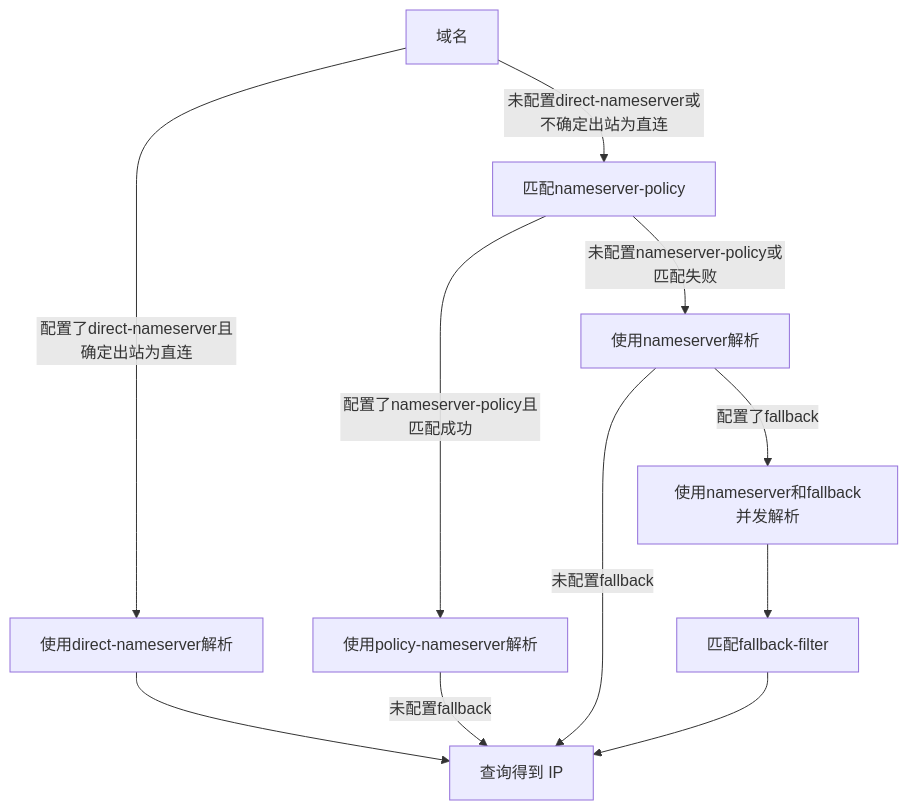
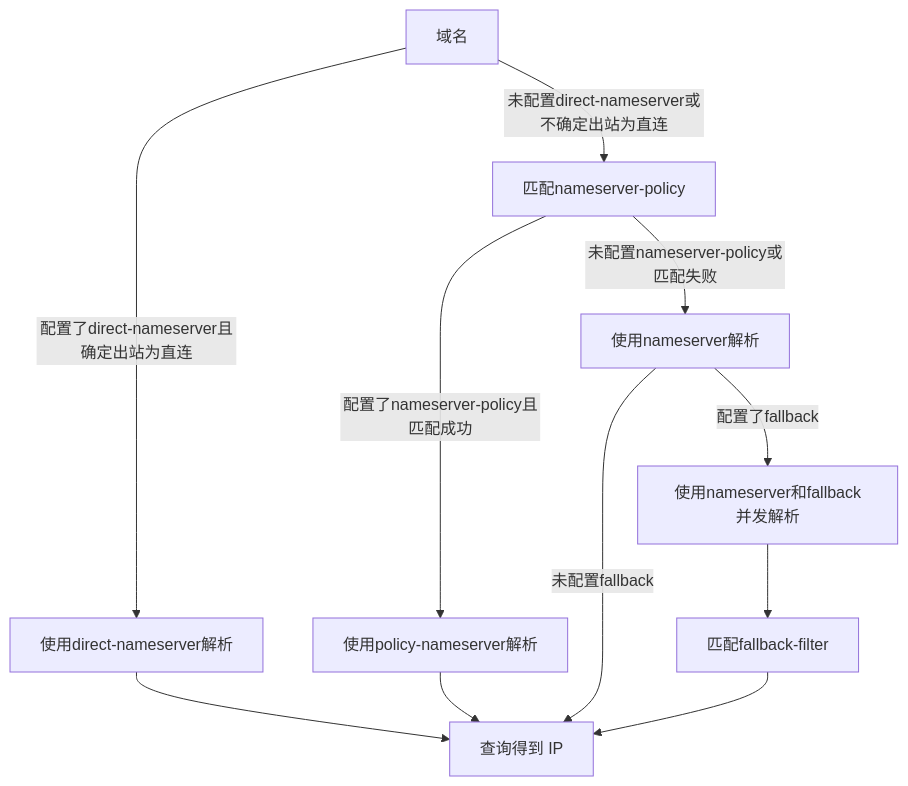
The second of 2 diagrams in mihomoDNS解析流程.md (Jishi0/sub-rule), drawn with Mermaid before and after one commit.

````diff
--- a/mihomoDNS解析流程.md
+++ b/mihomoDNS解析流程.md
@@ -28,15 +28,15 @@
 ```mermaid
 flowchart TD
   start[域名] --> |配置了direct-nameserver且确定出站为直连|Direct_Lookup[使用direct-nameserver解析]
   Direct_Lookup --> End[查询得到 IP]
 
   start --> |未配置direct-nameserver或不确定出站为直连|Policy[匹配nameserver-policy]
   Policy --> |配置了nameserver-policy且匹配成功|Policy_Lookup[使用policy-nameserver解析]
-  Policy_Lookup --> |未配置fallback|End
+  Policy_Lookup --> End
   Policy --> |未配置nameserver-policy或匹配失败|Lookup[使用nameserver解析]
   Lookup --> |未配置fallback|End
   Lookup --> |配置了fallback|FB_Lookup[使用nameserver和fallback并发解析]
   FB_Lookup --> FB_IP_Match[匹配fallback-filter]
   FB_IP_Match --> End
 
 ```
````
